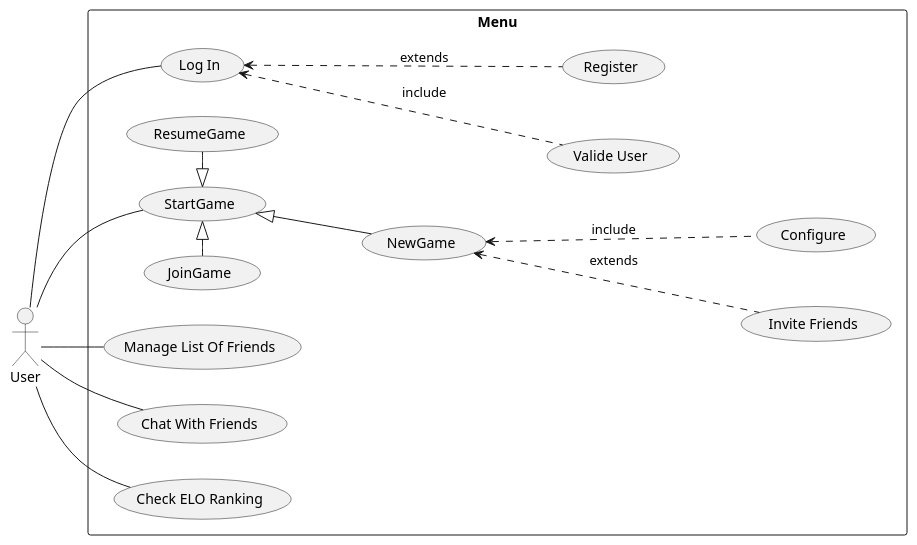
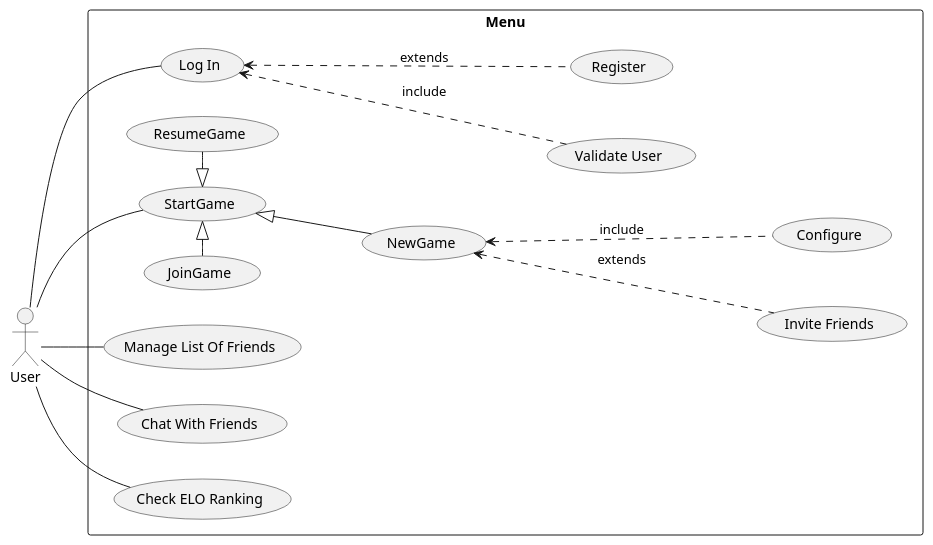
One commit to fnieri/Quoridor changed the diagram in UML_Diagrams/UseCaseMenu.pu. Above: the diagram before and after it, drawn with PlantUML. The commit also changed 1 other file, not shown here.

Commit message:
Valide to validate

```diff
--- a/UML_Diagrams/UseCaseMenu.pu
+++ b/UML_Diagrams/UseCaseMenu.pu
@@ -1,23 +1,23 @@
 @startuml  UseCaseMenu
 left to right direction
 actor User
 rectangle Menu {
 
 User -left- (Log In)
 User -- (StartGame)
 User -- (Manage List Of Friends)
 User -- (Chat With Friends)
 User -- (Check ELO Ranking)
 
 (StartGame) <|-right- (ResumeGame)
 (StartGame) <|-left- (JoinGame)
 (StartGame) <|-down- (NewGame)
 
 (Invite Friends) .-up-> (NewGame) : extends
 (Configure) .-up-> (NewGame) : include
 
-(Valide User) .-up-> (Log In) : include
+(Validate User) .-up-> (Log In) : include
 (Register) .-up-> (Log In) : extends
 
 }
 @enduml
```
